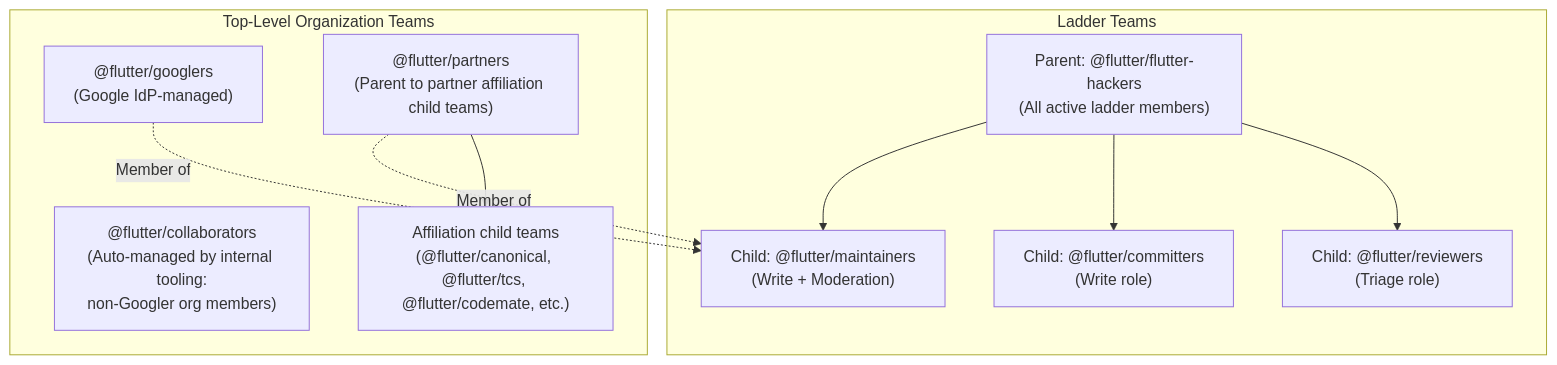
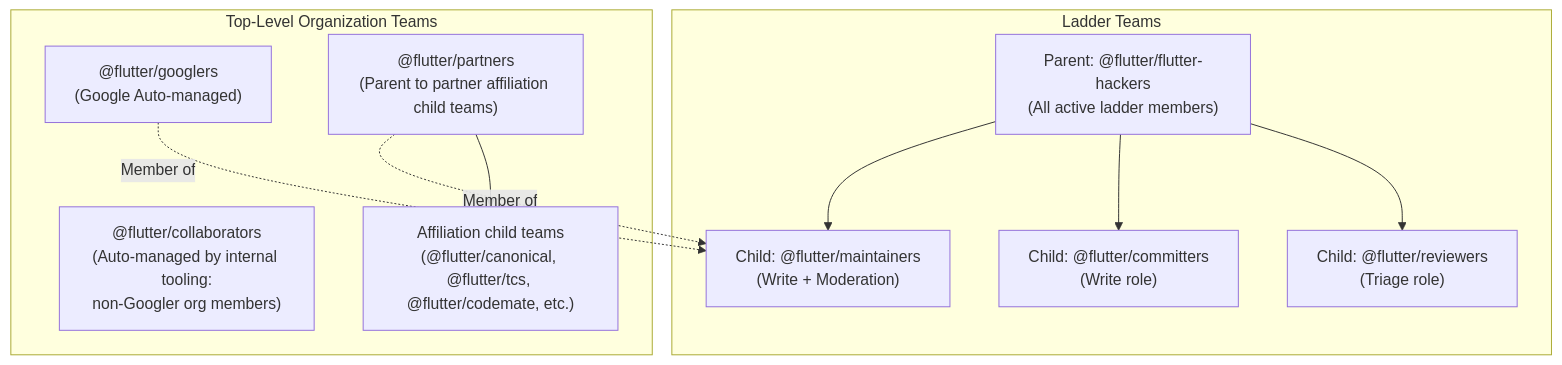
The second of 3 diagrams in rfc/740.0000-flutter-contributor-ladder.md (Piinks/rfc), drawn with Mermaid before and after one commit. The commit also changed other lines of this file, not shown here.

````diff
--- a/rfc/740.0000-flutter-contributor-ladder.md
+++ b/rfc/740.0000-flutter-contributor-ladder.md
@@ -105,24 +105,24 @@
 ```mermaid
 graph TD
     subgraph Ladder Teams
         Hackers["Parent: @flutter/flutter-hackers<br/>(All active ladder members)"]
         Reviewers["Child: @flutter/reviewers<br/>(Triage role)"]
         Committers["Child: @flutter/committers<br/>(Write role)"]
         MaintainersTeam["Child: @flutter/maintainers<br/>(Write + Moderation)"]
 
         Hackers --> Reviewers
         Hackers --> Committers
         Hackers --> MaintainersTeam
     end
 
     subgraph Top-Level Organization Teams
-        Googlers["@flutter/googlers<br/>(Google IdP-managed)"]
+        Googlers["@flutter/googlers<br/>(Google Auto-managed)"]
         Collaborators["@flutter/collaborators<br/>(Auto-managed by internal tooling:<br/>non-Googler org members)"]
         Partners["@flutter/partners<br/>(Parent to partner affiliation child teams)"]
         PartnerChildren["Affiliation child teams<br/>(@flutter/canonical, @flutter/tcs, @flutter/codemate, etc.)"]
         Partners --> PartnerChildren
     end
 
     Googlers -.->|"Member of"| MaintainersTeam
     Partners -.->|"Member of"| MaintainersTeam
 ```
````
